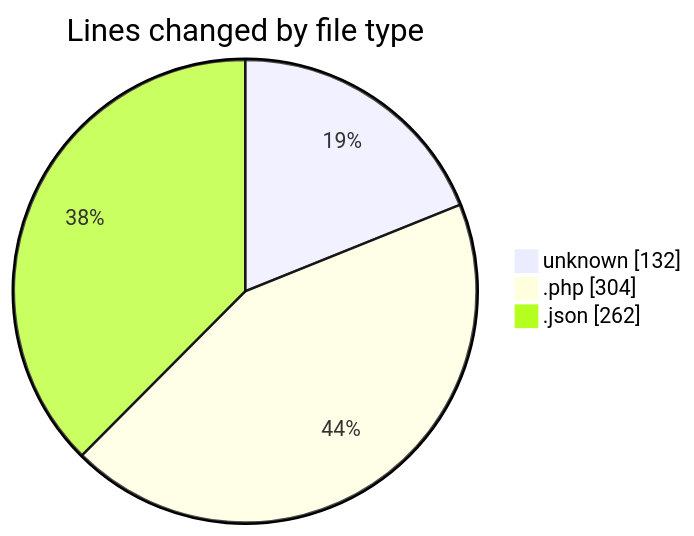
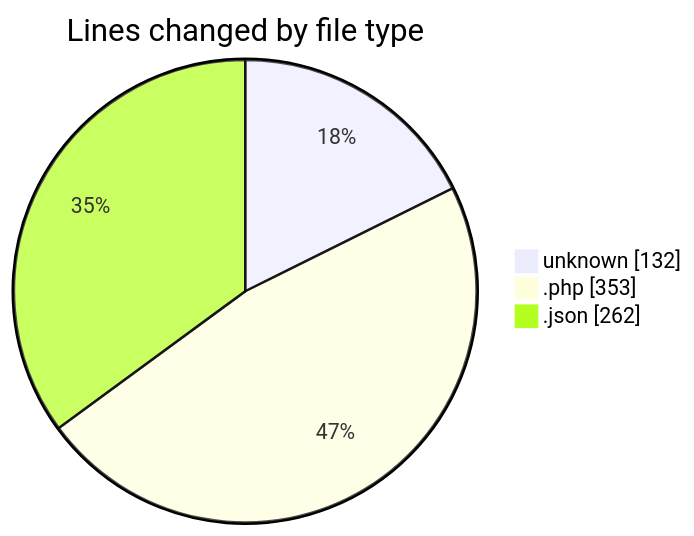
The first of 2 diagrams in 2025-11-13/futsal-recommender/README.md (idhammustaqopulfikri/code-tracking), drawn with Mermaid before and after one commit. The commit also changed other lines of this file and 1 other file, not shown here.

````diff
--- a/2025-11-13/futsal-recommender/README.md
+++ b/2025-11-13/futsal-recommender/README.md
@@ -26,7 +27,7 @@
 ```mermaid
 pie showData
 title Lines changed by file type
 "unknown" : 132
-".php" : 304
+".php" : 353
 ".json" : 262
 ```
````
